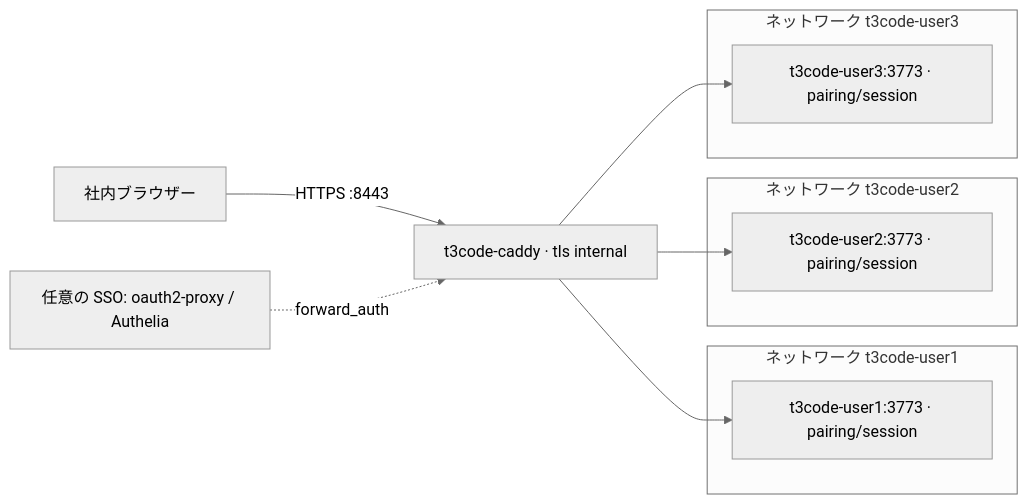
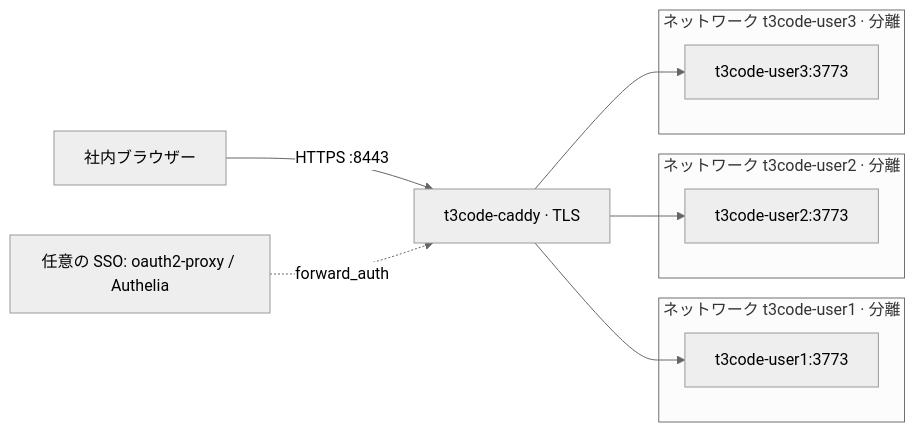
The diagram in README.ja.md (Sunwood-ai-labs/t3code-podman-workspaces), drawn with Mermaid (neutral theme) before and after one commit. The commit also changed other lines of this file and 8 other files, not shown here.

````diff
--- a/README.ja.md
+++ b/README.ja.md
@@ -11,17 +31,17 @@
 ```mermaid
 flowchart LR
-    Browser[社内ブラウザー] -->|HTTPS :8443| Caddy["t3code-caddy · tls internal"]
+    Browser[社内ブラウザー] -->|HTTPS :8443| Caddy["t3code-caddy · TLS"]
     SSO["任意の SSO: oauth2-proxy / Authelia"] -. forward_auth .-> Caddy
-    subgraph N1[ネットワーク t3code-user1]
-        U1["t3code-user1:3773 · pairing/session"]
+    subgraph N1[ネットワーク t3code-user1 · 分離]
+        U1["t3code-user1:3773"]
     end
-    subgraph N2[ネットワーク t3code-user2]
-        U2["t3code-user2:3773 · pairing/session"]
+    subgraph N2[ネットワーク t3code-user2 · 分離]
+        U2["t3code-user2:3773"]
     end
-    subgraph N3[ネットワーク t3code-user3]
-        U3["t3code-user3:3773 · pairing/session"]
+    subgraph N3[ネットワーク t3code-user3 · 分離]
+        U3["t3code-user3:3773"]
     end
     Caddy --> U1
     Caddy --> U2
     Caddy --> U3
 ```
````
